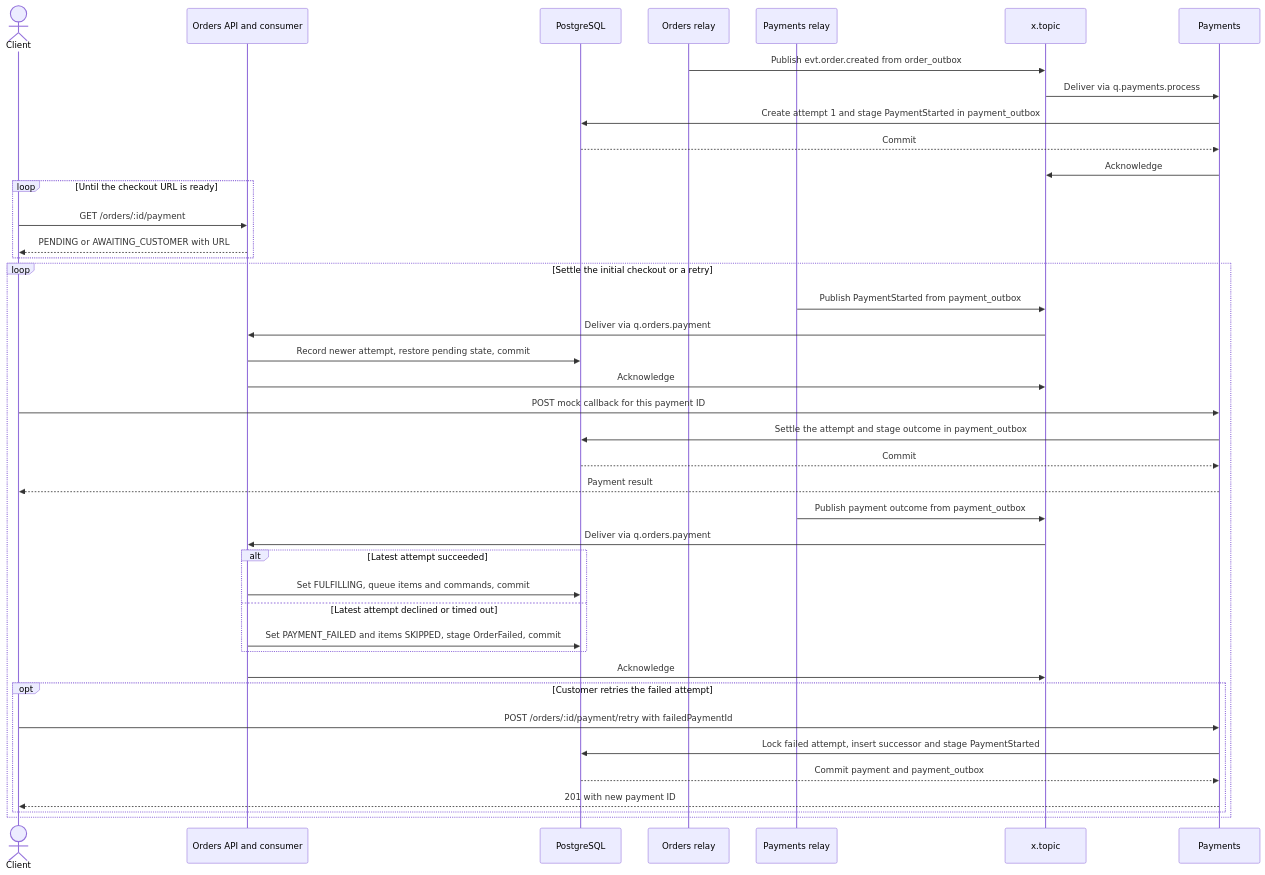
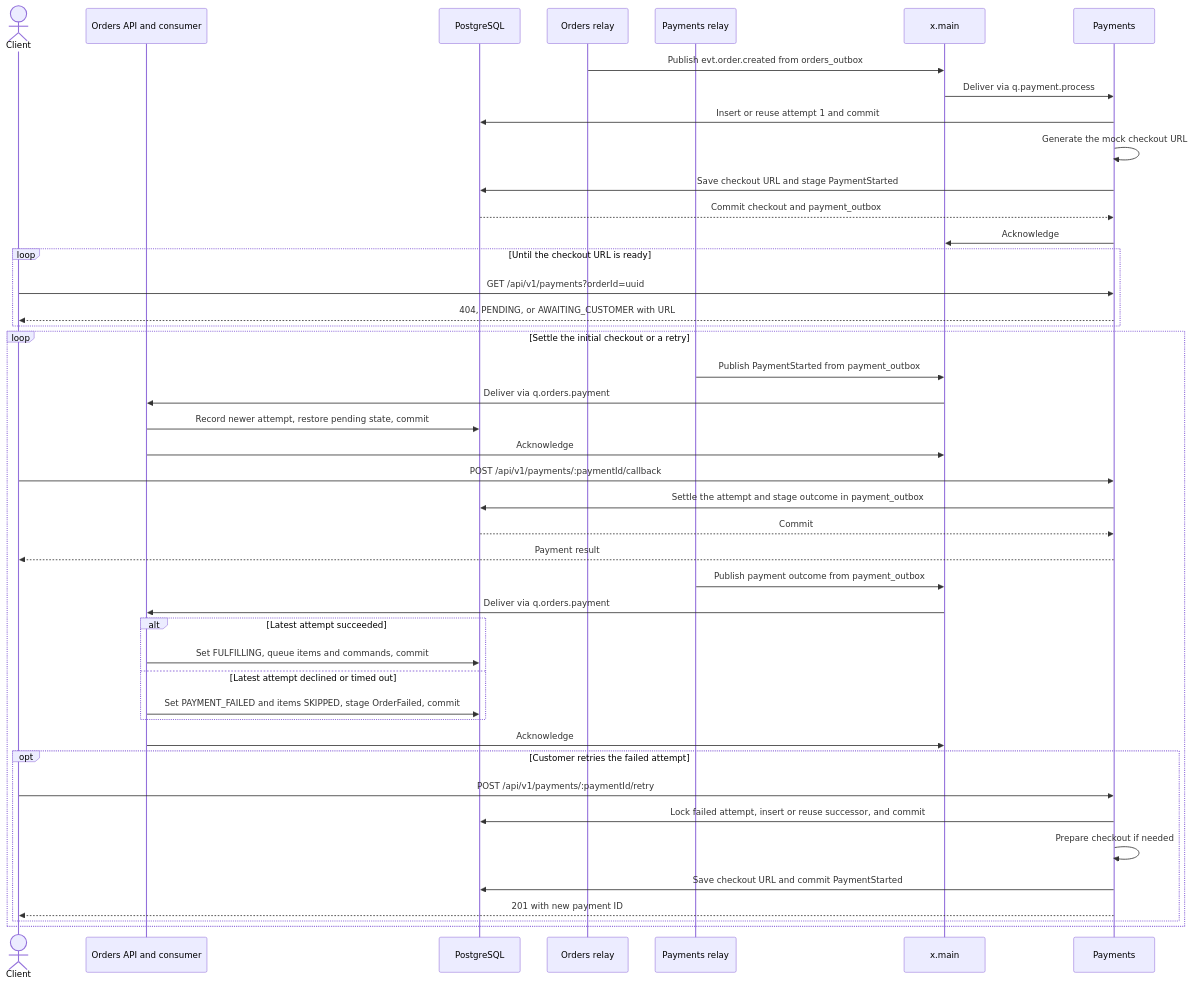
One commit to dinno7/distributed-ecommerce changed the first of 2 diagrams in docs/diagrams/fulfill_order.md. Above: the diagram before and after it, drawn with Mermaid. The commit also changed other lines of this file and 30 other files, not shown here.

````diff
--- a/docs/diagrams/fulfill_order.md
+++ b/docs/diagrams/fulfill_order.md
@@ -7,47 +7,50 @@
 ```mermaid
 sequenceDiagram
     actor Client
     participant Orders as Orders API and consumer
     participant DB as PostgreSQL
     participant OrderRelay as Orders relay
     participant PaymentRelay as Payments relay
-    participant MQ as x.topic
+    participant MQ as x.main
     participant Pay as Payments
-    OrderRelay->>MQ: Publish evt.order.created from order_outbox
-    MQ->>Pay: Deliver via q.payments.process
-    Pay->>DB: Create attempt 1 and stage PaymentStarted in payment_outbox
-    DB-->>Pay: Commit
+    OrderRelay->>MQ: Publish evt.order.created from orders_outbox
+    MQ->>Pay: Deliver via q.payment.process
+    Pay->>DB: Insert or reuse attempt 1 and commit
+    Pay->>Pay: Generate the mock checkout URL
+    Pay->>DB: Save checkout URL and stage PaymentStarted
+    DB-->>Pay: Commit checkout and payment_outbox
     Pay->>MQ: Acknowledge
 
     loop Until the checkout URL is ready
-        Client->>Orders: GET /orders/:id/payment
-        Orders-->>Client: PENDING or AWAITING_CUSTOMER with URL
+        Client->>Pay: GET /api/v1/payments?orderId=uuid
+        Pay-->>Client: 404, PENDING, or AWAITING_CUSTOMER with URL
     end
     loop Settle the initial checkout or a retry
         PaymentRelay->>MQ: Publish PaymentStarted from payment_outbox
         MQ->>Orders: Deliver via q.orders.payment
         Orders->>DB: Record newer attempt, restore pending state, commit
         Orders->>MQ: Acknowledge
 
-        Client->>Pay: POST mock callback for this payment ID
+        Client->>Pay: POST /api/v1/payments/:paymentId/callback
         Pay->>DB: Settle the attempt and stage outcome in payment_outbox
         DB-->>Pay: Commit
         Pay-->>Client: Payment result
 
         PaymentRelay->>MQ: Publish payment outcome from payment_outbox
         MQ->>Orders: Deliver via q.orders.payment
         alt Latest attempt succeeded
             Orders->>DB: Set FULFILLING, queue items and commands, commit
         else Latest attempt declined or timed out
             Orders->>DB: Set PAYMENT_FAILED and items SKIPPED, stage OrderFailed, commit
         end
         Orders->>MQ: Acknowledge
 
         opt Customer retries the failed attempt
-            Client->>Pay: POST /orders/:id/payment/retry with failedPaymentId
-            Pay->>DB: Lock failed attempt, insert successor and stage PaymentStarted
-            DB-->>Pay: Commit payment and payment_outbox
+            Client->>Pay: POST /api/v1/payments/:paymentId/retry
+            Pay->>DB: Lock failed attempt, insert or reuse successor, and commit
+            Pay->>Pay: Prepare checkout if needed
+            Pay->>DB: Save checkout URL and commit PaymentStarted
             Pay-->>Client: 201 with new payment ID
         end
     end
 ```
````
